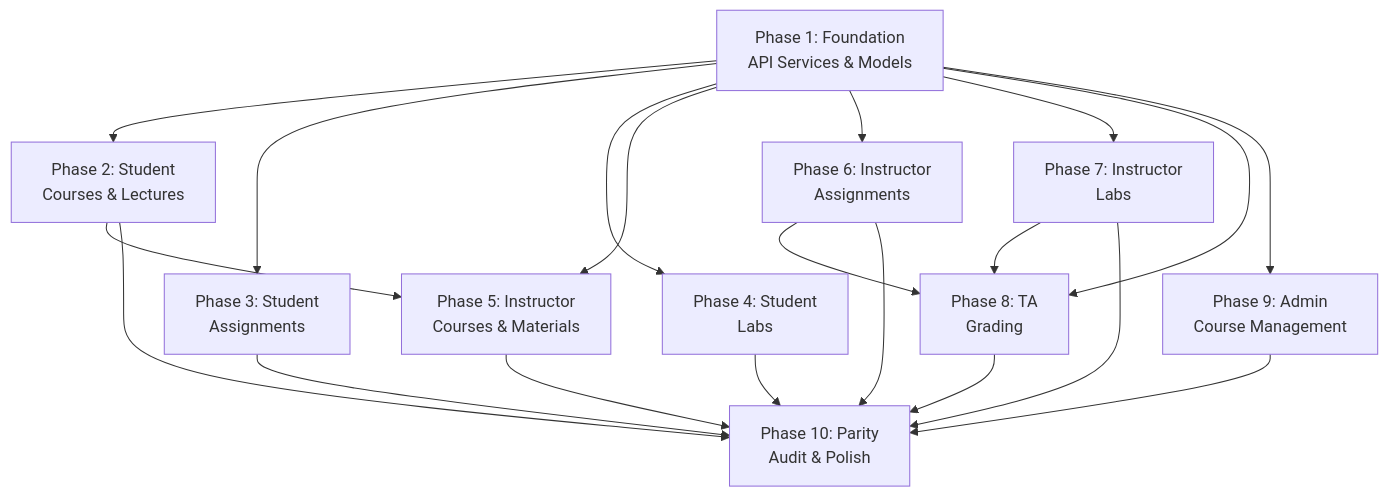
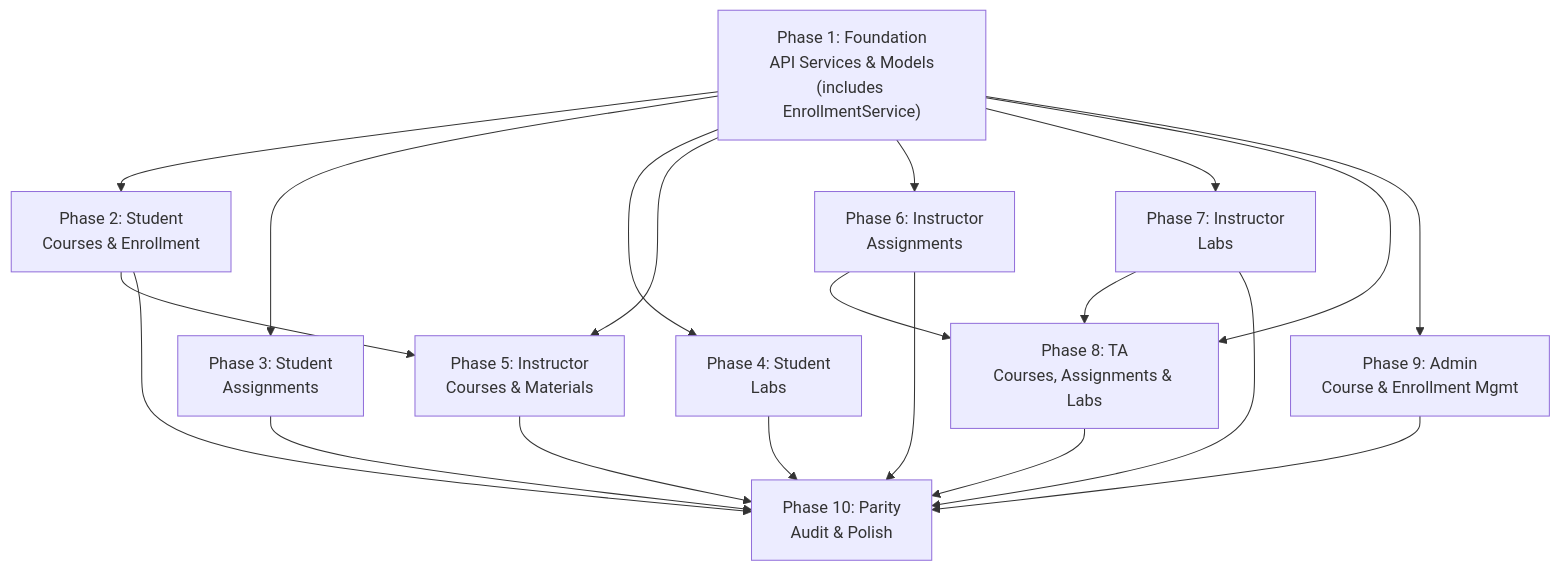
The fifth of 5 diagrams in courses_assignments_labs_integration_plan.md (AmirHamdi21/EduVerse), drawn with Mermaid before and after one commit. The commit also changed other lines of this file and 17 other files, not shown here.

````diff
--- a/courses_assignments_labs_integration_plan.md
+++ b/courses_assignments_labs_integration_plan.md
@@ -566,35 +1501,35 @@
 ```mermaid
 graph TD
-    P1["Phase 1: Foundation<br/>API Services & Models"]
-    P2["Phase 2: Student<br/>Courses & Lectures"]
+    P1["Phase 1: Foundation<br/>API Services & Models<br/>(includes EnrollmentService)"]
+    P2["Phase 2: Student<br/>Courses & Enrollment"]
     P3["Phase 3: Student<br/>Assignments"]
     P4["Phase 4: Student<br/>Labs"]
     P5["Phase 5: Instructor<br/>Courses & Materials"]
     P6["Phase 6: Instructor<br/>Assignments"]
     P7["Phase 7: Instructor<br/>Labs"]
-    P8["Phase 8: TA<br/>Grading"]
-    P9["Phase 9: Admin<br/>Course Management"]
+    P8["Phase 8: TA<br/>Courses, Assignments & Labs"]
+    P9["Phase 9: Admin<br/>Course & Enrollment Mgmt"]
     P10["Phase 10: Parity<br/>Audit & Polish"]
 
     P1 --> P2
     P1 --> P3
     P1 --> P4
     P1 --> P5
     P1 --> P6
     P1 --> P7
     P1 --> P8
     P1 --> P9
 
     P2 --> P5
     P6 --> P8
     P7 --> P8
 
     P2 --> P10
     P3 --> P10
     P4 --> P10
     P5 --> P10
     P6 --> P10
     P7 --> P10
     P8 --> P10
     P9 --> P10
 ```
````
